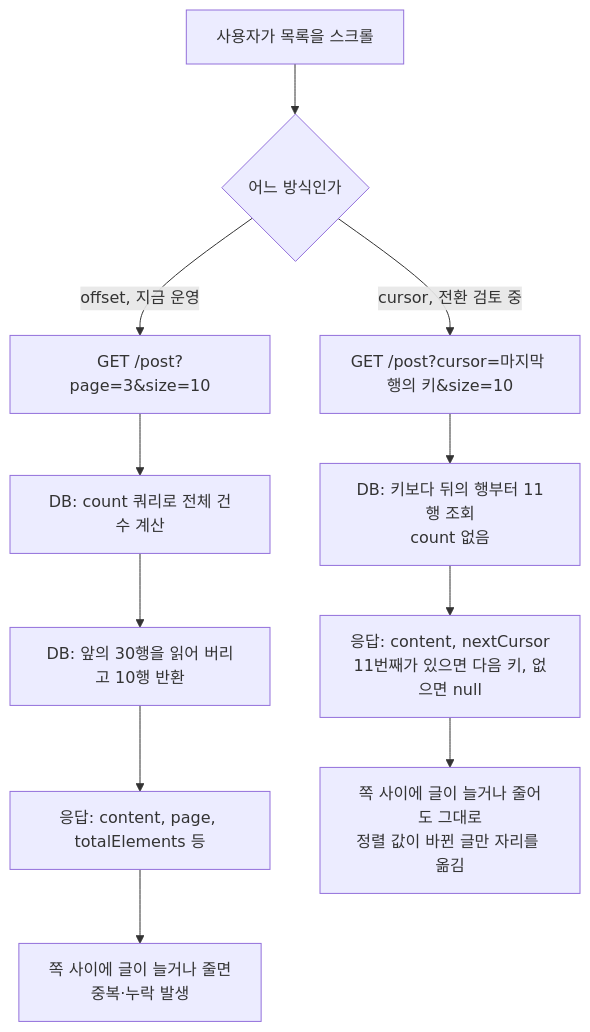
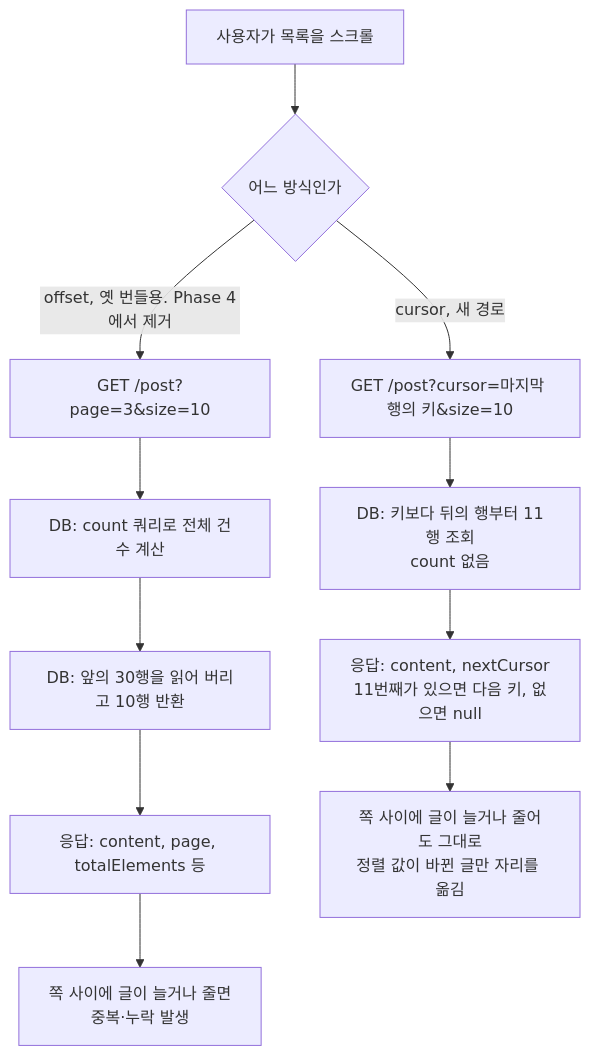
Before and after one commit to BAECHAN/link-sphere_BE_NEW: the first of 2 diagrams in docs/PAGINATION.md, drawn with Mermaid. The commit also changed other lines of this file and 37 other files, not shown here.

First line of the commit message:
feat(post): 세 목록에 cursor 조회를 추가하고 옛 page 요청은 그대로 둠 (#164)

````diff
--- a/docs/PAGINATION.md
+++ b/docs/PAGINATION.md
@@ -20,13 +20,13 @@
 ```mermaid
 flowchart TD
   A["사용자가 목록을 스크롤"] --> B{"어느 방식인가"}
-  B -->|"offset, 지금 운영"| C["GET /post?page=3&size=10"]
+  B -->|"offset, 옛 번들용. Phase 4에서 제거"| C["GET /post?page=3&size=10"]
   C --> D["DB: count 쿼리로 전체 건수 계산"]
   D --> E["DB: 앞의 30행을 읽어 버리고 10행 반환"]
   E --> F["응답: content, page, totalElements 등"]
   F --> G["쪽 사이에 글이 늘거나 줄면<br/>중복·누락 발생"]
-  B -->|"cursor, 전환 검토 중"| H["GET /post?cursor=마지막 행의 키&size=10"]
+  B -->|"cursor, 새 경로"| H["GET /post?cursor=마지막 행의 키&size=10"]
   H --> I["DB: 키보다 뒤의 행부터 11행 조회<br/>count 없음"]
   I --> J["응답: content, nextCursor<br/>11번째가 있으면 다음 키, 없으면 null"]
   J --> K["쪽 사이에 글이 늘거나 줄어도 그대로<br/>정렬 값이 바뀐 글만 자리를 옮김"]
 ```
````
